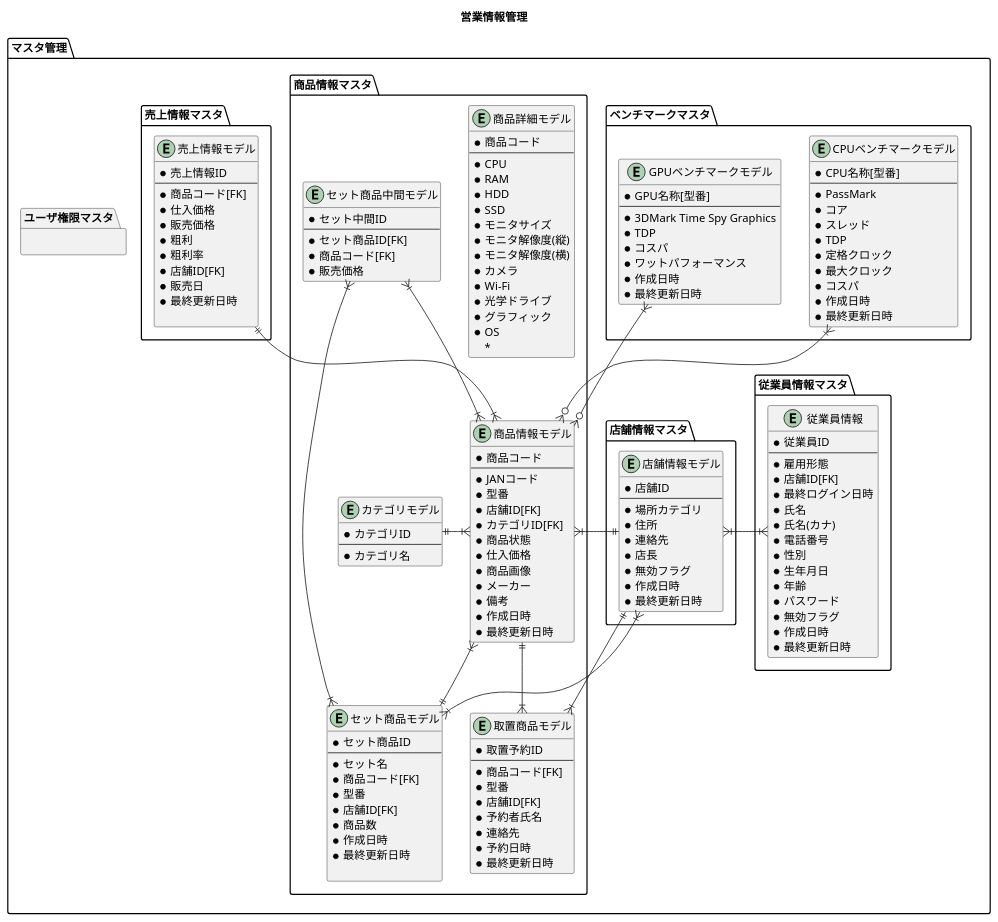
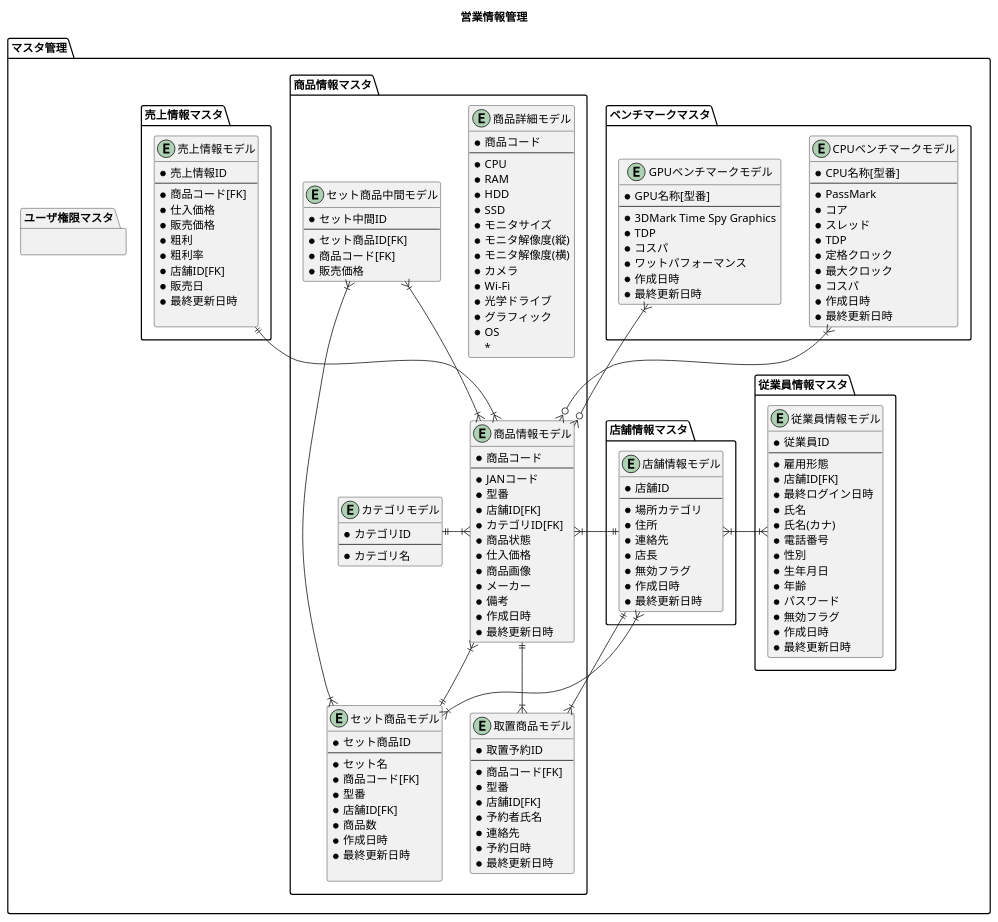
One commit to HaruShim/Sotuken changed the diagram in 各種設計書/5クラス図/ER図.plantuml. Above: the diagram before and after it, drawn with PlantUML. The commit also changed 3 other files, not shown here.

```diff
--- a/各種設計書/5クラス図/ER図.plantuml
+++ b/各種設計書/5クラス図/ER図.plantuml
@@ -6,7 +6,7 @@
 
 package "マスタ管理" as mastermana {
   package "従業員情報マスタ"{
-    entity "従業員情報" as M02{
+    entity "従業員情報モデル" as M02{
       *従業員ID
       --
       *雇用形態
```
